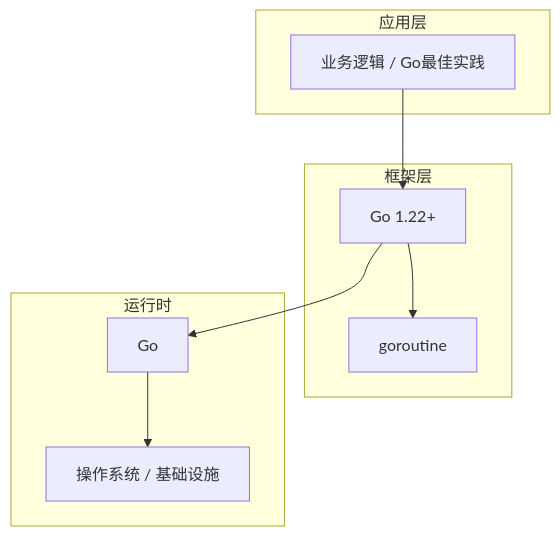
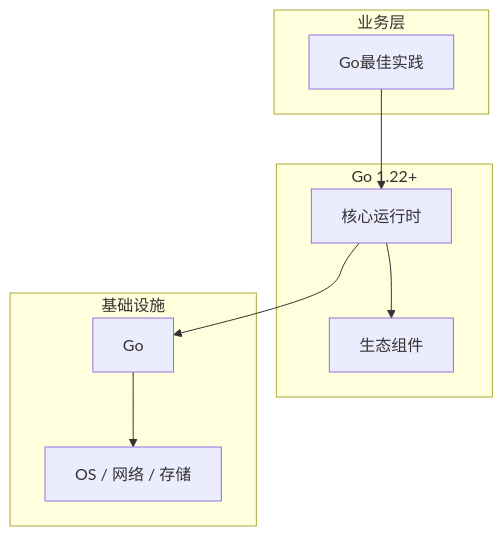
The diagram in articles/Go语言/chapters/114-Go最佳实践核心概念与原理.md (yanggan2015/knowledge-json-v2), drawn with Mermaid before and after one commit. The commit also changed other lines of this file and 10127 other files, not shown here.

````diff
--- a/articles/Go语言/chapters/114-Go最佳实践核心概念与原理.md
+++ b/articles/Go语言/chapters/114-Go最佳实践核心概念与原理.md
@@ -45,18 +34,18 @@
 ```mermaid
 graph TB
-    subgraph 应用层
-        A[业务逻辑 / Go最佳实践]
+    subgraph 业务层
+        A[Go最佳实践]
     end
-    subgraph 框架层
-        B[Go 1.22+]
-        C[goroutine]
+    subgraph Go 1.22+
+        B[核心运行时]
+        C[生态组件]
     end
-    subgraph 运行时
+    subgraph 基础设施
         D[Go]
-        E[操作系统 / 基础设施]
+        E[OS / 网络 / 存储]
     end
     A --> B
     B --> C
     B --> D
     D --> E
 ```
````
